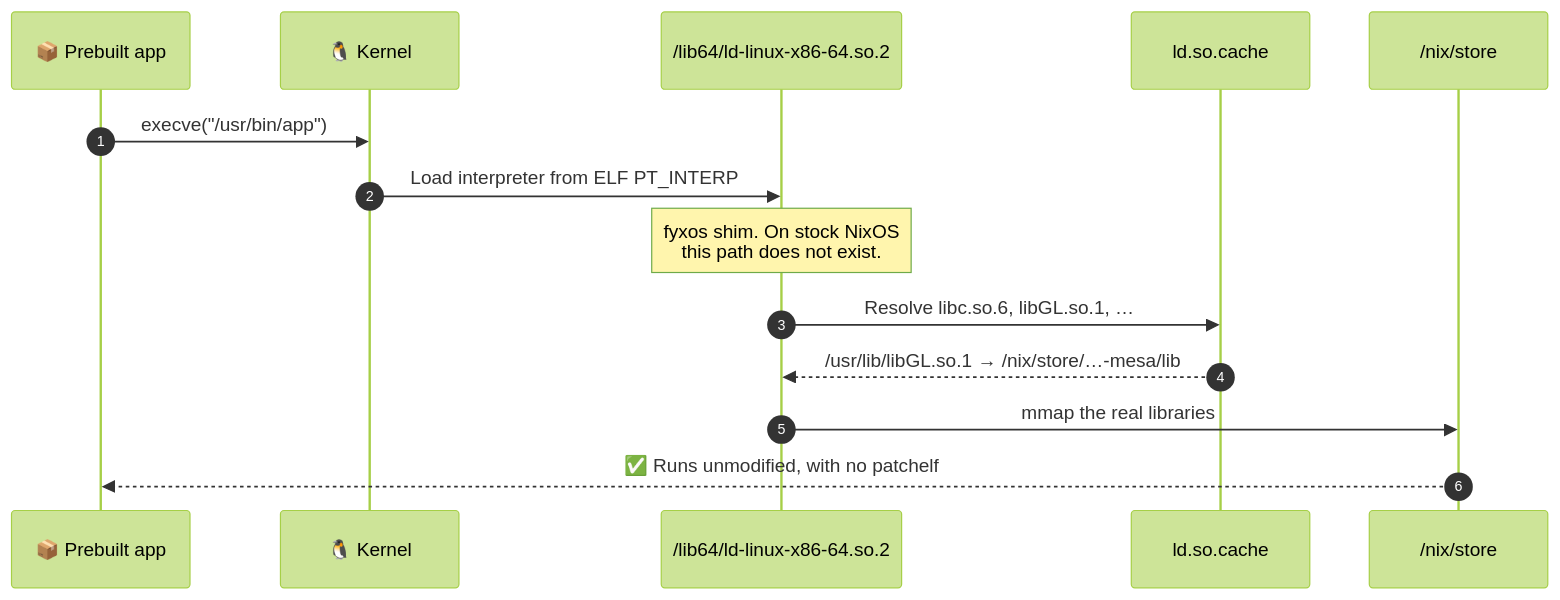
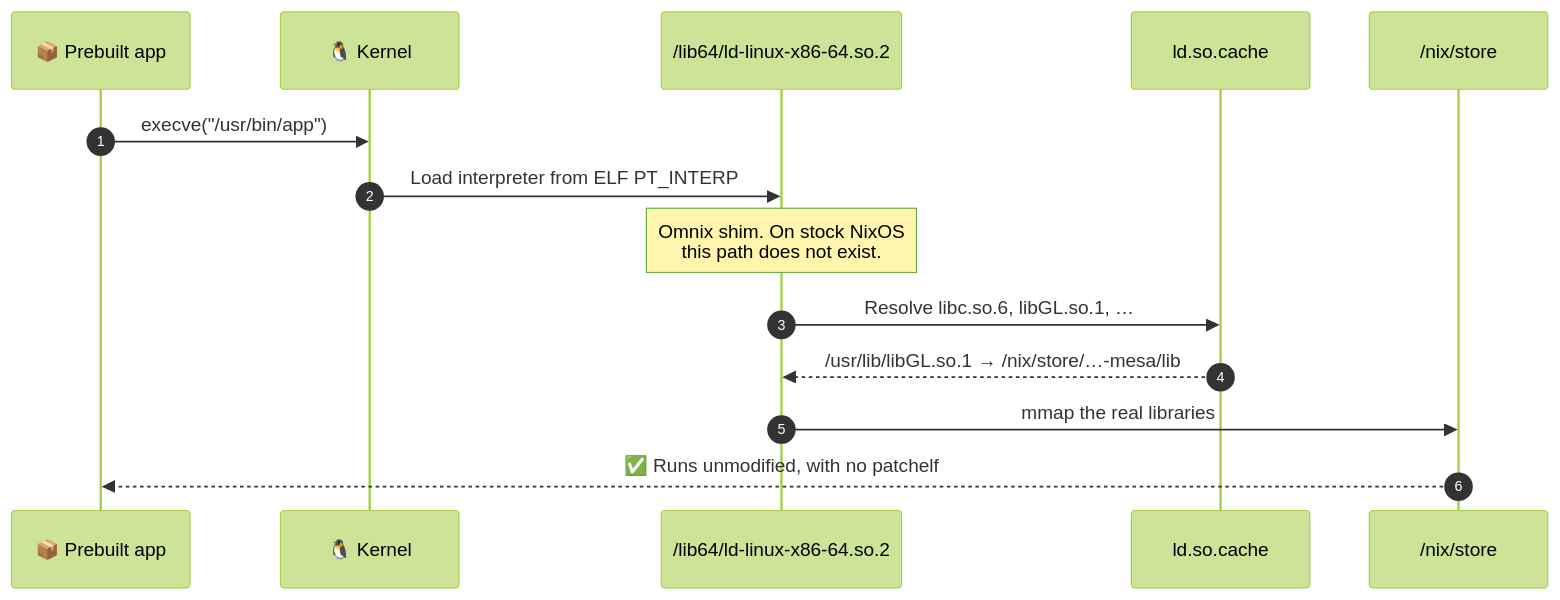
One commit to FyxOS/.github changed the second of 5 diagrams in profile/README.md. Above: the diagram before and after it, drawn with Mermaid (forest theme). The commit also changed other lines of this file and 3 other files, not shown here.

Commit message:
Rebrand fyxos -> Omnix (org: omnix-os)

````diff
--- a/profile/README.md
+++ b/profile/README.md
@@ -109,17 +109,17 @@
 ```mermaid
 sequenceDiagram
     autonumber
     participant App as 📦 Prebuilt app
     participant K as 🐧 Kernel
     participant LD as /lib64/ld-linux-x86-64.so.2
     participant C as ld.so.cache
     participant S as /nix/store
 
     App->>K: execve("/usr/bin/app")
     K->>LD: Load interpreter from ELF PT_INTERP
-    Note over LD: fyxos shim. On stock NixOS<br/>this path does not exist.
+    Note over LD: Omnix shim. On stock NixOS<br/>this path does not exist.
     LD->>C: Resolve libc.so.6, libGL.so.1, …
     C-->>LD: /usr/lib/libGL.so.1 → /nix/store/…-mesa/lib
     LD->>S: mmap the real libraries
     S-->>App: ✅ Runs unmodified, with no patchelf
 ```
````
